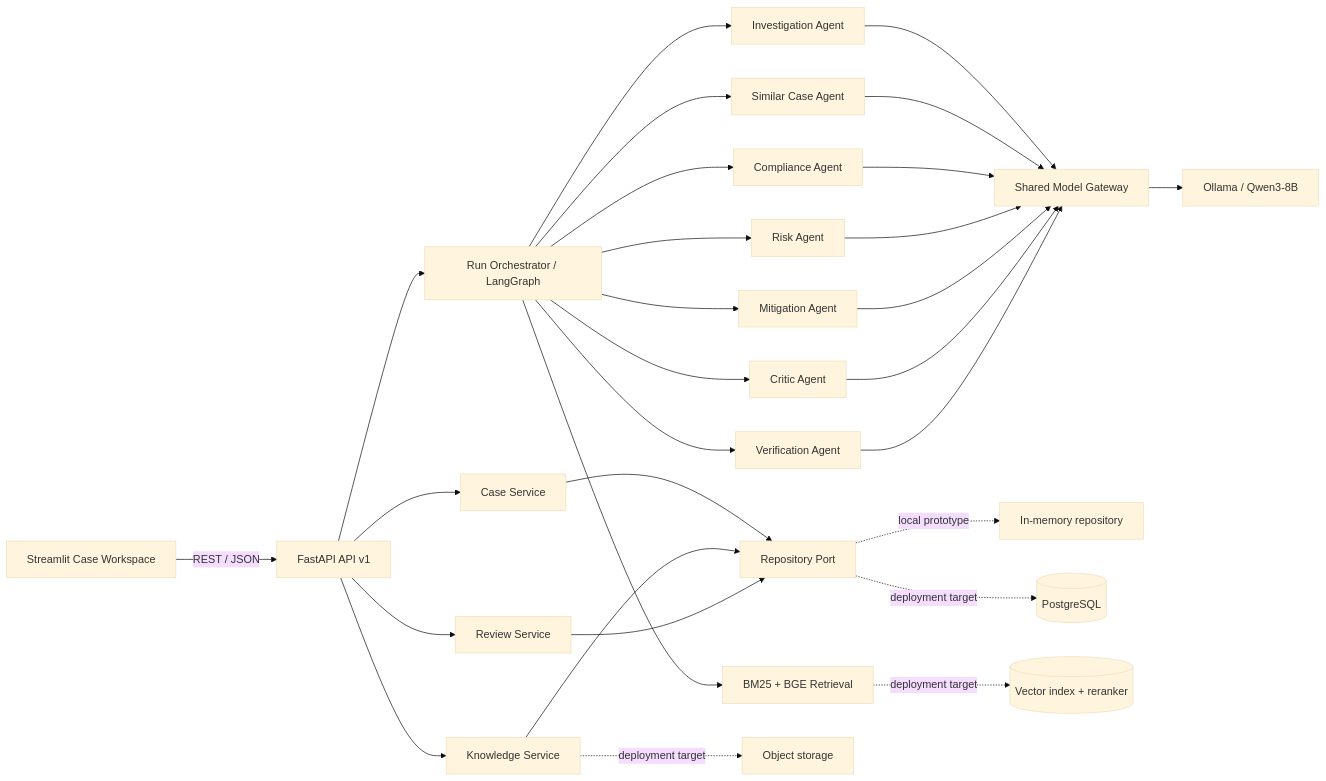
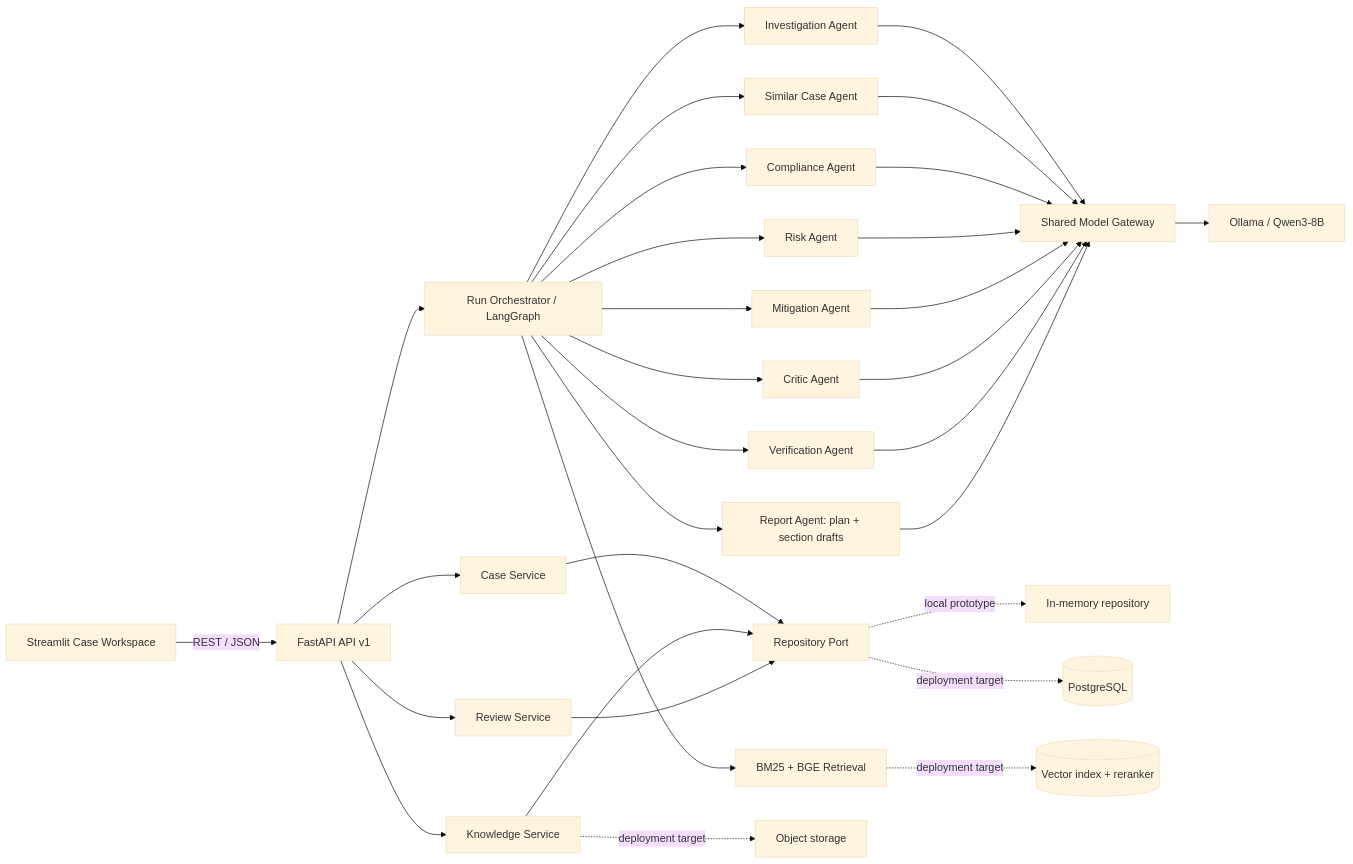
One commit to sunaynatalreja/BlackWingAI changed the diagram in docs/architecture.md. Above: the diagram before and after it, drawn with Mermaid (base theme). The commit also changed other lines of this file and 22 other files, not shown here.

````diff
--- a/docs/architecture.md
+++ b/docs/architecture.md
@@ -9,31 +9,33 @@
 ```mermaid
 flowchart LR
   UI[Streamlit Case Workspace] -->|REST / JSON| API[FastAPI API v1]
   API --> CASE[Case Service]
   API --> KNOW[Knowledge Service]
   API --> RUN[Run Orchestrator / LangGraph]
   API --> REVIEW[Review Service]
   CASE --> STORE[Repository Port]
   KNOW --> STORE
   RUN --> RET[BM25 + BGE Retrieval]
   RUN --> INV[Investigation Agent]
   RUN --> SIM[Similar Case Agent]
   RUN --> COMP[Compliance Agent]
   RUN --> RISK[Risk Agent]
   RUN --> MIT[Mitigation Agent]
   RUN --> CRIT[Critic Agent]
   RUN --> VER[Verification Agent]
+  RUN --> REP[Report Agent: plan + section drafts]
   INV --> LLM[Shared Model Gateway]
   SIM --> LLM
   COMP --> LLM
   RISK --> LLM
   MIT --> LLM
   CRIT --> LLM
   VER --> LLM
+  REP --> LLM
   LLM --> OLLAMA[Ollama / Qwen3-8B]
   REVIEW --> STORE
   STORE -. local prototype .-> MEM[In-memory repository]
   STORE -. deployment target .-> DB[(PostgreSQL)]
   KNOW -. deployment target .-> OBJ[Object storage]
   RET -. deployment target .-> VEC[(Vector index + reranker)]
 ```
````
